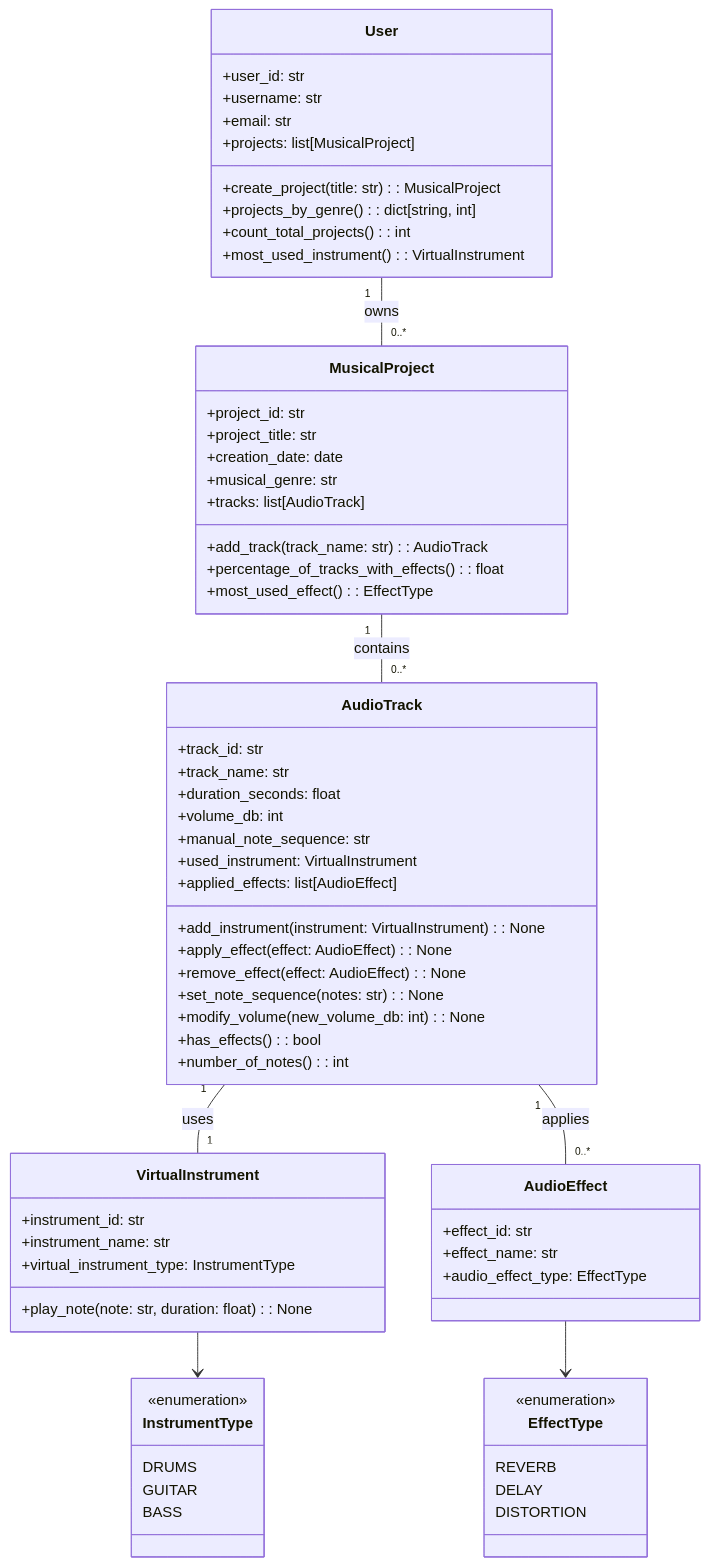
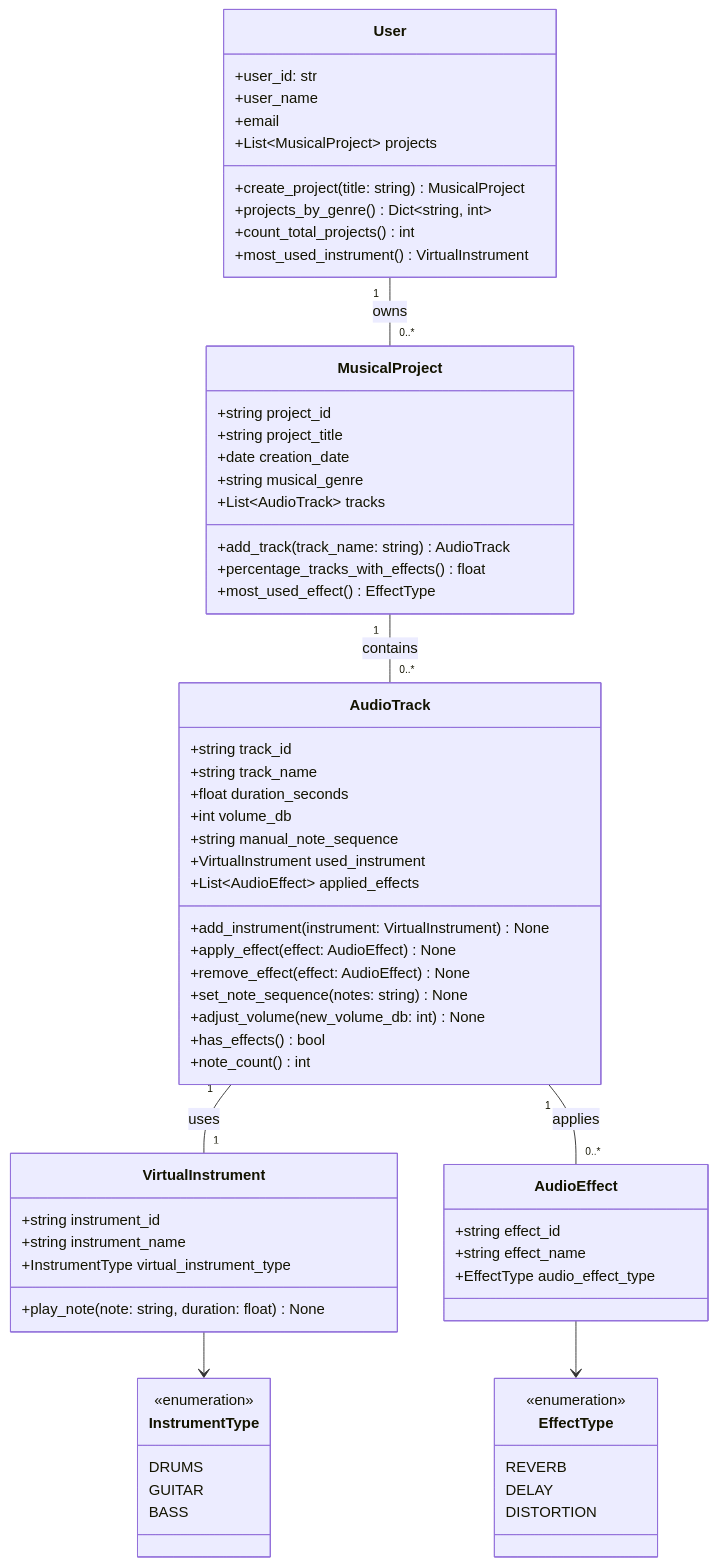
Before and after one commit to LucaPontellini/Homepage: the diagram in Computer_science/New_Python_exercises/Exercises_with_MarmaidJS/Pontellini_034.mmd, drawn with Mermaid. The commit also changed 2 other files, not shown here.

```diff
--- a/Computer_science/New_Python_exercises/Exercises_with_MarmaidJS/Pontellini_034.mmd
+++ b/Computer_science/New_Python_exercises/Exercises_with_MarmaidJS/Pontellini_034.mmd
@@ -1,73 +1,74 @@
 classDiagram
     class User {
         +user_id: str
-        +username: str
-        +email: str
-        +projects: list[MusicalProject] 
-        +create_project(title: str): MusicalProject
-        +projects_by_genre(): dict[string, int]
-        +count_total_projects(): int
-        +most_used_instrument(): VirtualInstrument
+        +user_name
+        +email
+        +List~MusicalProject~ projects
+        +create_project(title: string) MusicalProject
+        +projects_by_genre() Dict~string, int~
+        +count_total_projects() int
+        +most_used_instrument() VirtualInstrument
     }
 
     class MusicalProject {
-        +project_id: str
-        +project_title: str
-        +creation_date: date 
-        +musical_genre: str
-        +tracks: list[AudioTrack]
-        +add_track(track_name: str): AudioTrack
-        +percentage_of_tracks_with_effects(): float
-        +most_used_effect(): EffectType
+        +string project_id
+        +string project_title
+        +date creation_date
+        +string musical_genre
+        +List~AudioTrack~ tracks
+        +add_track(track_name: string) AudioTrack
+        +percentage_tracks_with_effects() float
+        +most_used_effect() EffectType
     }
 
     class AudioTrack {
-        +track_id: str
-        +track_name: str
-        +duration_seconds: float
-        +volume_db: int
-        +manual_note_sequence: str
-        +used_instrument: VirtualInstrument 
-        +applied_effects: list[AudioEffect] 
-        +add_instrument(instrument: VirtualInstrument): None
-        +apply_effect(effect: AudioEffect): None
-        +remove_effect(effect: AudioEffect): None
-        +set_note_sequence(notes: str): None
-        +modify_volume(new_volume_db: int): None
-        +has_effects(): bool
-        +number_of_notes(): int
+        +string track_id
+        +string track_name
+        +float duration_seconds
+        +int volume_db
+        +string manual_note_sequence
+        +VirtualInstrument used_instrument
+        +List~AudioEffect~ applied_effects
+        +add_instrument(instrument: VirtualInstrument) None
+        +apply_effect(effect: AudioEffect) None
+        +remove_effect(effect: AudioEffect) None
+        +set_note_sequence(notes: string) None
+        +adjust_volume(new_volume_db: int) None
+        +has_effects() bool
+        +note_count() int
     }
 
     class VirtualInstrument {
-        +instrument_id: str
-        +instrument_name: str
-        +virtual_instrument_type: InstrumentType
-        +play_note(note: str, duration: float): None
+        +string instrument_id
+        +string instrument_name
+        +InstrumentType virtual_instrument_type
+        +play_note(note: string, duration: float) None
     }
 
     class AudioEffect {
-        +effect_id: str
-        +effect_name: str
-        +audio_effect_type: EffectType
+        +string effect_id
+        +string effect_name
+        +EffectType audio_effect_type
     }
 
     class InstrumentType {
         <<enumeration>>
         DRUMS
         GUITAR
         BASS
     }
 
     class EffectType {
         <<enumeration>>
         REVERB
         DELAY
         DISTORTION
     }
 
     User "1" -- "0..*" MusicalProject : owns
     MusicalProject "1" -- "0..*" AudioTrack : contains
     AudioTrack "1" -- "1" VirtualInstrument : uses
     AudioTrack "1" -- "0..*" AudioEffect : applies
+
     VirtualInstrument --> InstrumentType
     AudioEffect --> EffectType
```
